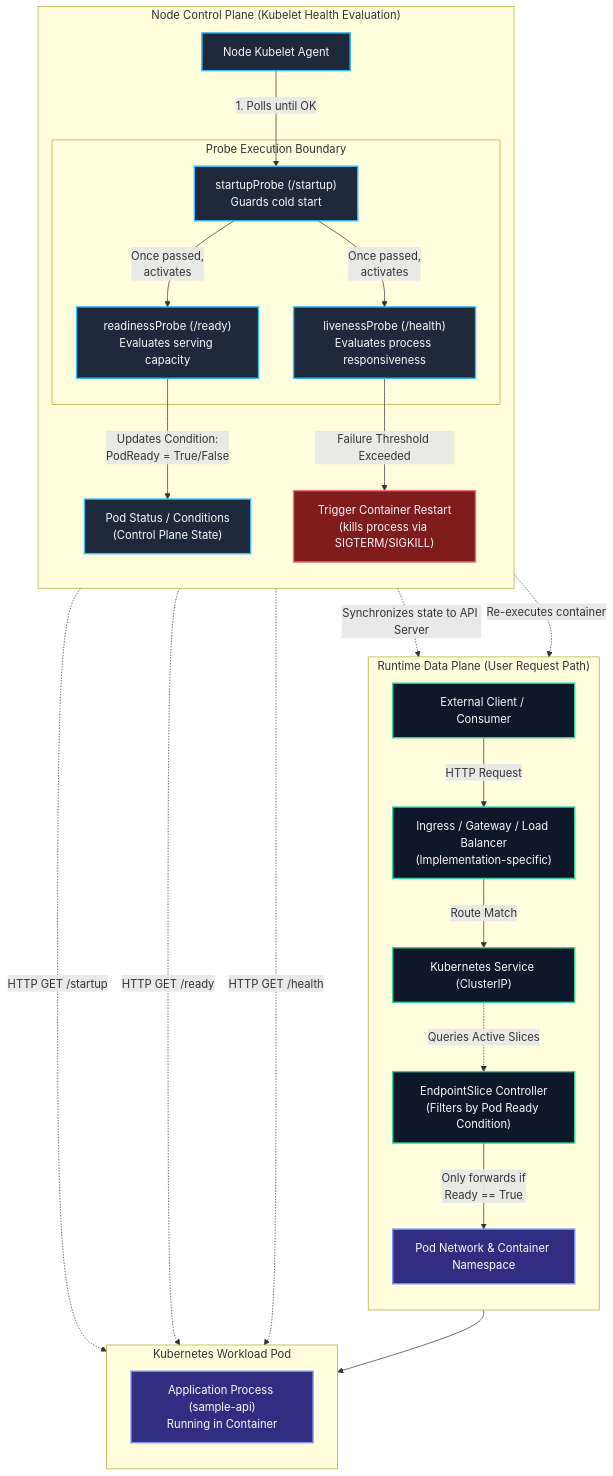
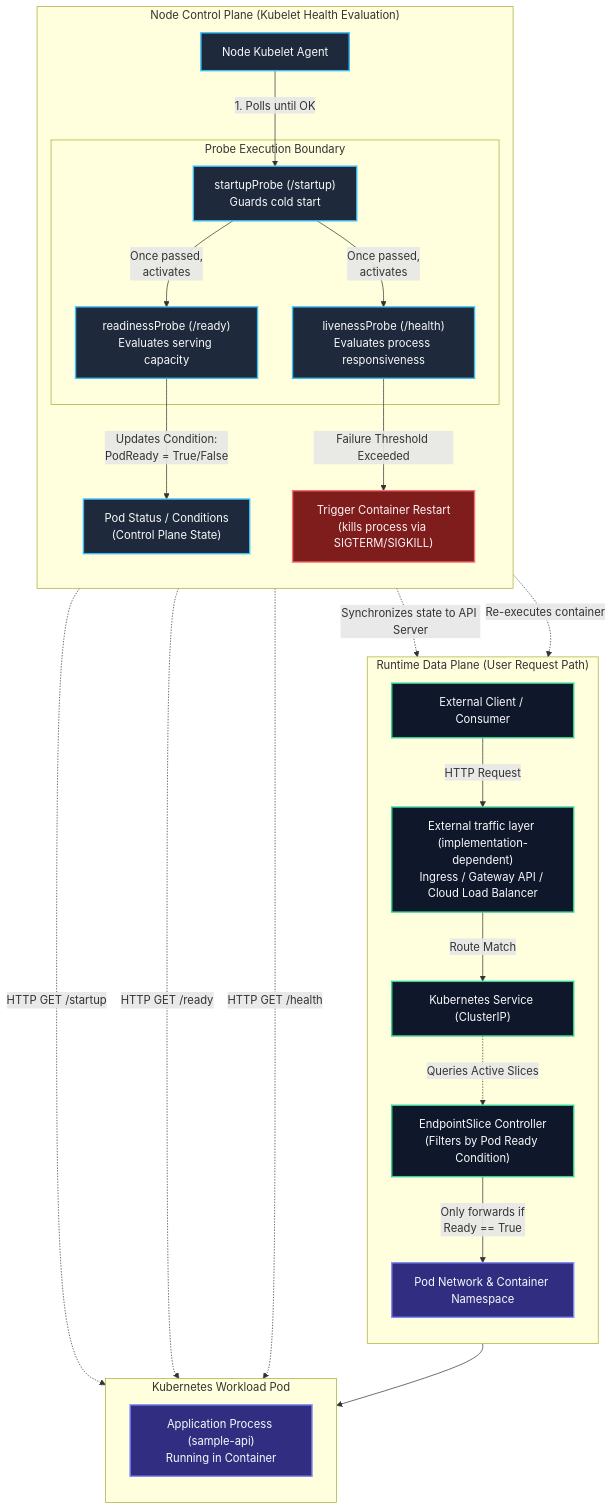
The diagram in architecture/diagrams/workload-health-flow.md (Vaibhav1Jadhav/production-eks-platform), drawn with Mermaid before and after one commit. The commit also changed 2 other files, not shown here.

Commit message:
docs(probes): clarify liveness failure boundaries and traffic layer semantics
Clarify in Mermaid diagram that external ingress/gateway components are implementation-dependent. Refine aggressive liveness description to highlight outage amplification without implying downstream checks belong in liveness probes.

````diff
--- a/architecture/diagrams/workload-health-flow.md
+++ b/architecture/diagrams/workload-health-flow.md
@@ -12,59 +12,59 @@
 ```mermaid
 flowchart TD
     subgraph DATA_PLANE["Runtime Data Plane (User Request Path)"]
         direction TB
         Client["External Client / Consumer"]
-        Ingress["Ingress / Gateway / Load Balancer\n(Implementation-specific)"]
+        Ingress["External traffic layer (implementation-dependent)\nIngress / Gateway API / Cloud Load Balancer"]
         K8sService["Kubernetes Service (ClusterIP)"]
         EndpointSlice["EndpointSlice Controller\n(Filters by Pod Ready Condition)"]
         
         Client -->|"HTTP Request"| Ingress
         Ingress -->|"Route Match"| K8sService
         K8sService -.->|"Queries Active Slices"| EndpointSlice
         EndpointSlice -->|"Only forwards if\nReady == True"| PodContainer
     end
 
     subgraph CONTROL_PLANE["Node Control Plane (Kubelet Health Evaluation)"]
         direction TB
         Kubelet["Node Kubelet Agent"]
         
         subgraph PROBES["Probe Execution Boundary"]
             Startup["startupProbe (/startup)\nGuards cold start"]
             Readiness["readinessProbe (/ready)\nEvaluates serving capacity"]
             Liveness["livenessProbe (/health)\nEvaluates process responsiveness"]
         end
         
         Kubelet -->|"1. Polls until OK"| Startup
         Startup -->|"Once passed,\nactivates"| Readiness
         Startup -->|"Once passed,\nactivates"| Liveness
         
         Readiness -->|"Updates Condition:\nPodReady = True/False"| PodStatus["Pod Status / Conditions\n(Control Plane State)"]
         Liveness -->|"Failure Threshold Exceeded"| RestartAction["Trigger Container Restart\n(kills process via SIGTERM/SIGKILL)"]
     end
 
     subgraph WORKLOAD_POD["Kubernetes Workload Pod"]
         direction TB
         PodContainer["Pod Network & Container Namespace"]
         AppRuntime["Application Process (sample-api)\nRunning in Container"]
         
         PodContainer --> AppRuntime
         PodStatus -.->|"Synchronizes state to API Server"| EndpointSlice
         RestartAction -.->|"Re-executes container"| PodContainer
     end
 
     %% Probes querying application
     Startup -.->|"HTTP GET /startup"| AppRuntime
     Readiness -.->|"HTTP GET /ready"| AppRuntime
     Liveness -.->|"HTTP GET /health"| AppRuntime
 
     %% Styling
     classDef control fill:#1e293b,stroke:#38bdf8,stroke-width:2px,color:#f8fafc;
     classDef data fill:#0f172a,stroke:#34d399,stroke-width:2px,color:#f8fafc;
     classDef workload fill:#312e81,stroke:#818cf8,stroke-width:2px,color:#f8fafc;
     classDef alert fill:#7f1d1d,stroke:#f87171,stroke-width:2px,color:#fef2f2;
 
     class Kubelet,Startup,Readiness,Liveness,PodStatus control;
     class Client,Ingress,K8sService,EndpointSlice data;
     class PodContainer,AppRuntime workload;
     class RestartAction alert;
 ```
````
